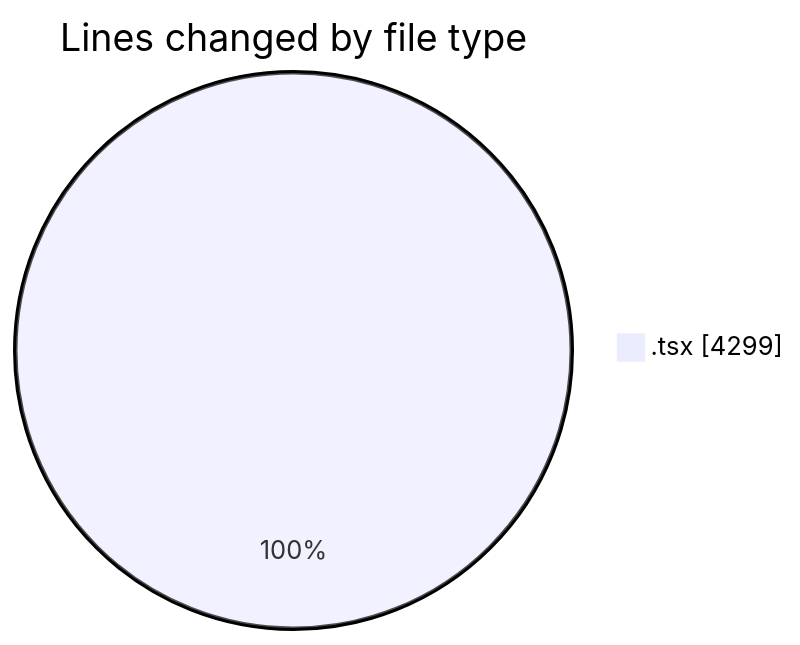
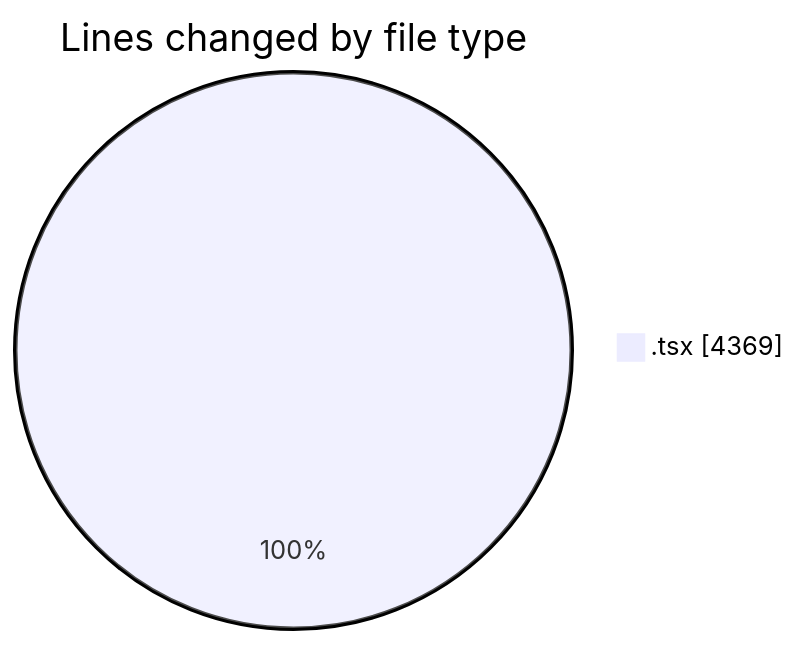
One commit to nxtqubesakshisongat/code-tracking changed the first of 2 diagrams in 2026-04-01/nxtqube_webapp/README.md. Above: the diagram before and after it, drawn with Mermaid. The commit also changed other lines of this file and 1 other file, not shown here.

````diff
--- a/2026-04-01/nxtqube_webapp/README.md
+++ b/2026-04-01/nxtqube_webapp/README.md
@@ -22,5 +22,5 @@
 ```mermaid
 pie showData
 title Lines changed by file type
-".tsx" : 4299
+".tsx" : 4369
 ```
````
